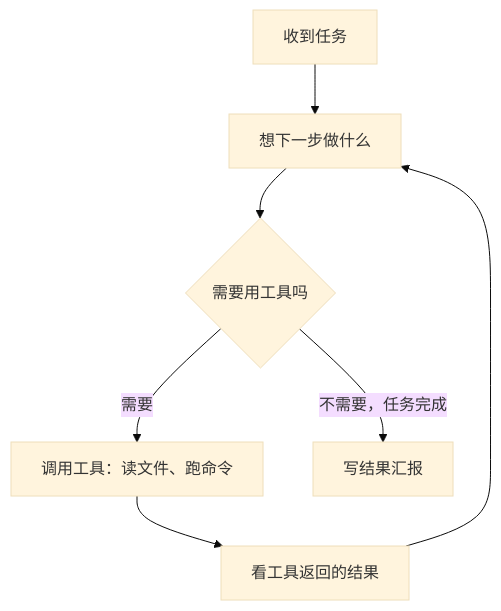
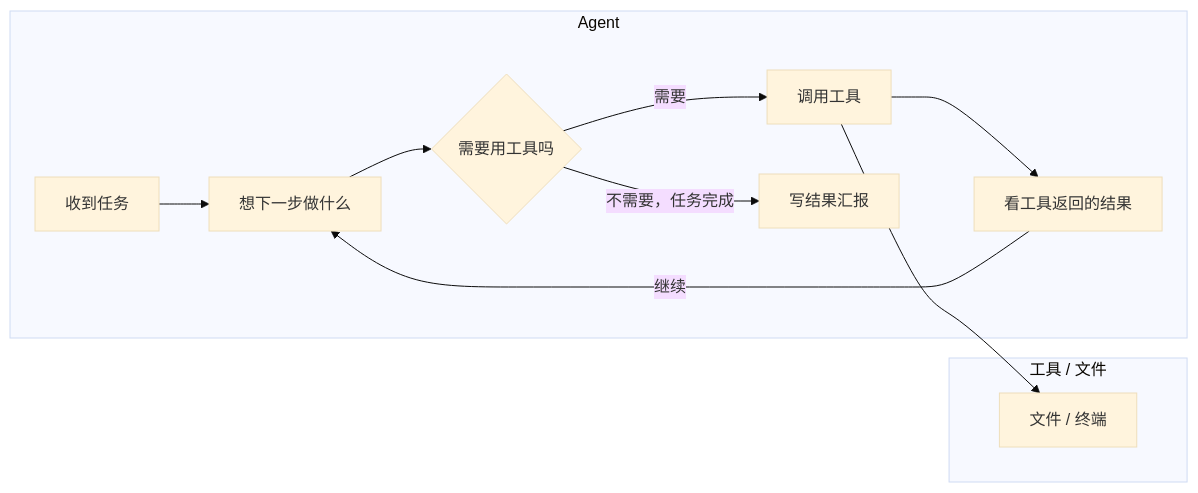
One commit to lhj37425-cloud/zixun changed the second of 2 diagrams in tests/fixtures/content/projects/example-agent-demo/02-flows.md. Above: the diagram before and after it, drawn with Mermaid (base theme). The commit also changed other lines of this file and 22 other files, not shown here.

First line of the commit message:
B-3.6 流程图改成画板样式

````diff
--- a/tests/fixtures/content/projects/example-agent-demo/02-flows.md
+++ b/tests/fixtures/content/projects/example-agent-demo/02-flows.md
@@ -20,9 +25,15 @@
 ```mermaid
-flowchart TD
-    A[收到任务] --> B[想下一步做什么]
-    B --> C{需要用工具吗}
-    C -->|需要| D[调用工具：读文件、跑命令]
-    D --> E[看工具返回的结果]
-    E --> B
-    C -->|不需要，任务完成| F[写结果汇报]
+flowchart LR
+    subgraph A["Agent"]
+        A1[收到任务] --> A2[想下一步做什么] --> A3{需要用工具吗}
+        A4[调用工具] --> A5[看工具返回的结果]
+        A6[写结果汇报]
+    end
+    subgraph T["工具 / 文件"]
+        T1[文件 / 终端]
+    end
+    A3 -->|需要| A4
+    A5 -->|继续| A2
+    A3 -->|不需要，任务完成| A6
+    A4 --> T1
 ```
````
